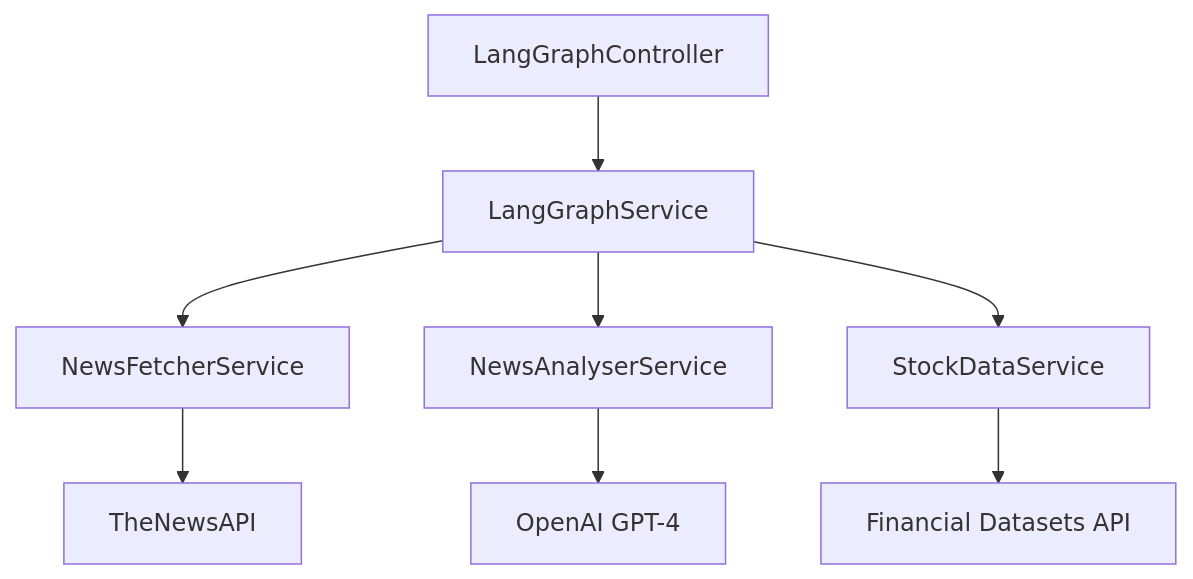
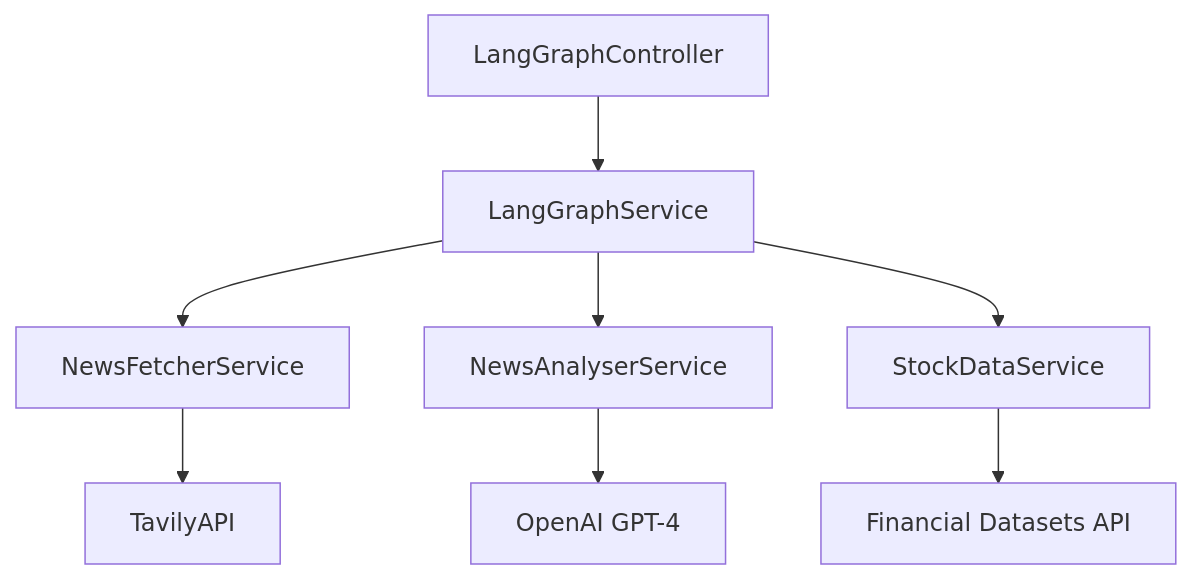
One commit to CambridgeMonorail/erisfy changed the diagram in apps/server/src/modules/langgraph/README.md. Above: the diagram before and after it, drawn with Mermaid. The commit also changed other lines of this file and 21 other files, not shown here.

````diff
--- a/apps/server/src/modules/langgraph/README.md
+++ b/apps/server/src/modules/langgraph/README.md
@@ -46,10 +46,10 @@
 ```mermaid
 graph TD
     A[LangGraphController] --> B[LangGraphService]
     B --> C[NewsFetcherService]
     B --> D[NewsAnalyserService]
     B --> E[StockDataService]
-    C --> F[TheNewsAPI]
+    C --> F[TavilyAPI]
     D --> G[OpenAI GPT-4]
     E --> H[Financial Datasets API]
 ```
````
